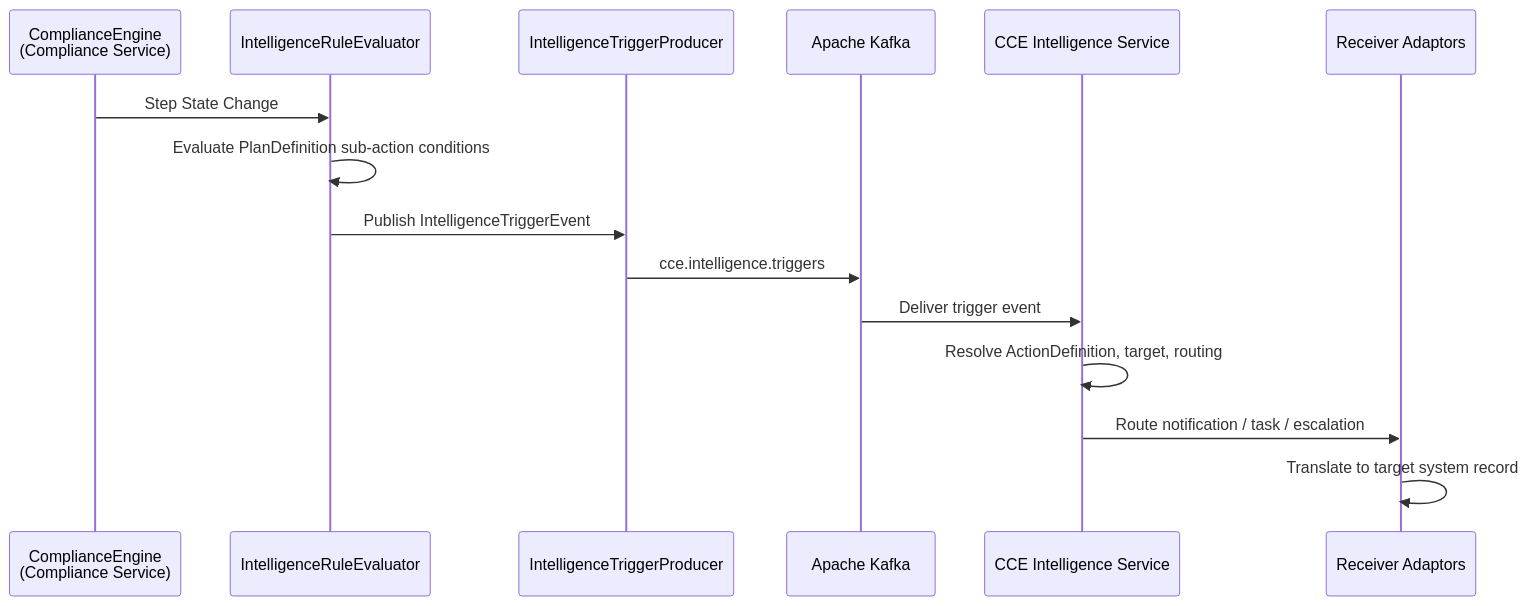
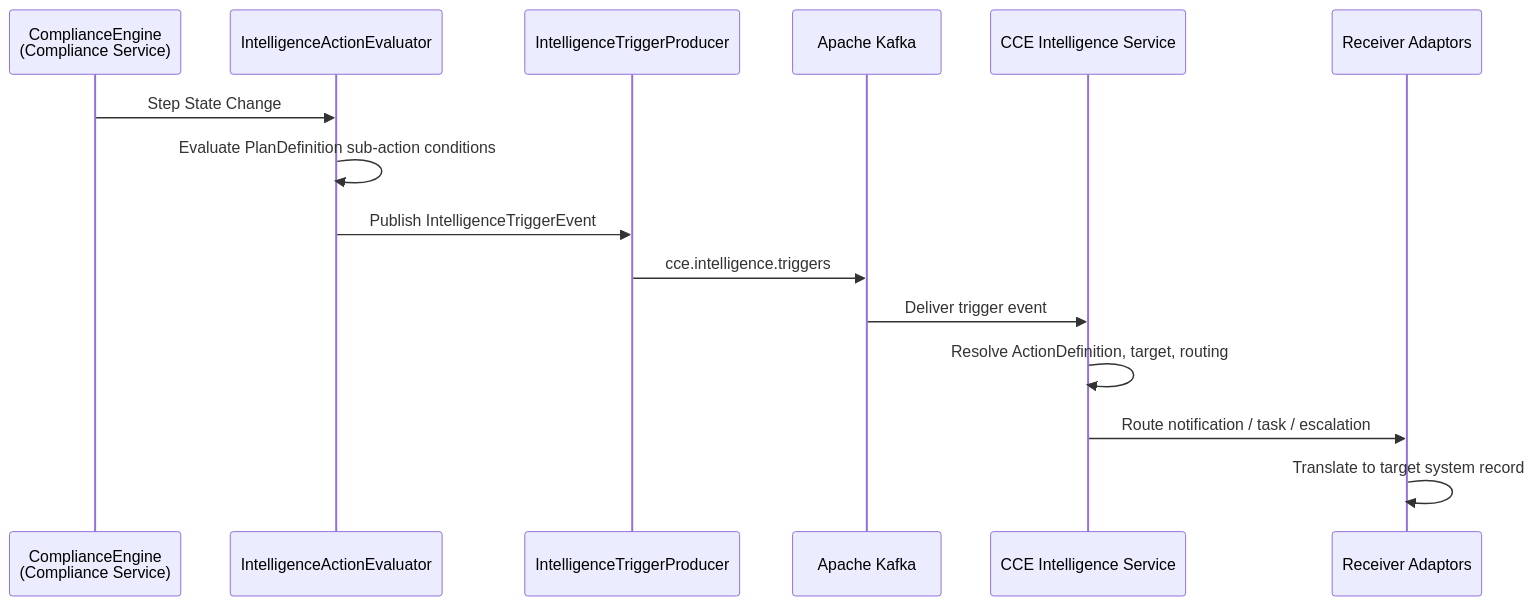
The third of 7 diagrams in docs/architecture-overview.md (Jayaprakash8887/cce-compliance-service), drawn with Mermaid before and after one commit. The commit also changed other lines of this file and 13 other files, not shown here.

Commit message:
Update to resolve confusion between rule and action

````diff
--- a/docs/architecture-overview.md
+++ b/docs/architecture-overview.md
@@ -120,18 +120,18 @@
 ```mermaid
 sequenceDiagram
     participant Engine as ComplianceEngine<br/>(Compliance Service)
-    participant Evaluator as IntelligenceRuleEvaluator
+    participant Evaluator as IntelligenceActionEvaluator
     participant Producer as IntelligenceTriggerProducer
     participant Kafka as Apache Kafka
     participant Intel as CCE Intelligence Service
     participant Adaptor as Receiver Adaptors
 
     Engine->>Evaluator: Step State Change
     Evaluator->>Evaluator: Evaluate PlanDefinition sub-action conditions
     Evaluator->>Producer: Publish IntelligenceTriggerEvent
     Producer->>Kafka: cce.intelligence.triggers
     Kafka->>Intel: Deliver trigger event
     Intel->>Intel: Resolve ActionDefinition, target, routing
     Intel->>Adaptor: Route notification / task / escalation
     Adaptor->>Adaptor: Translate to target system record
 ```
````
